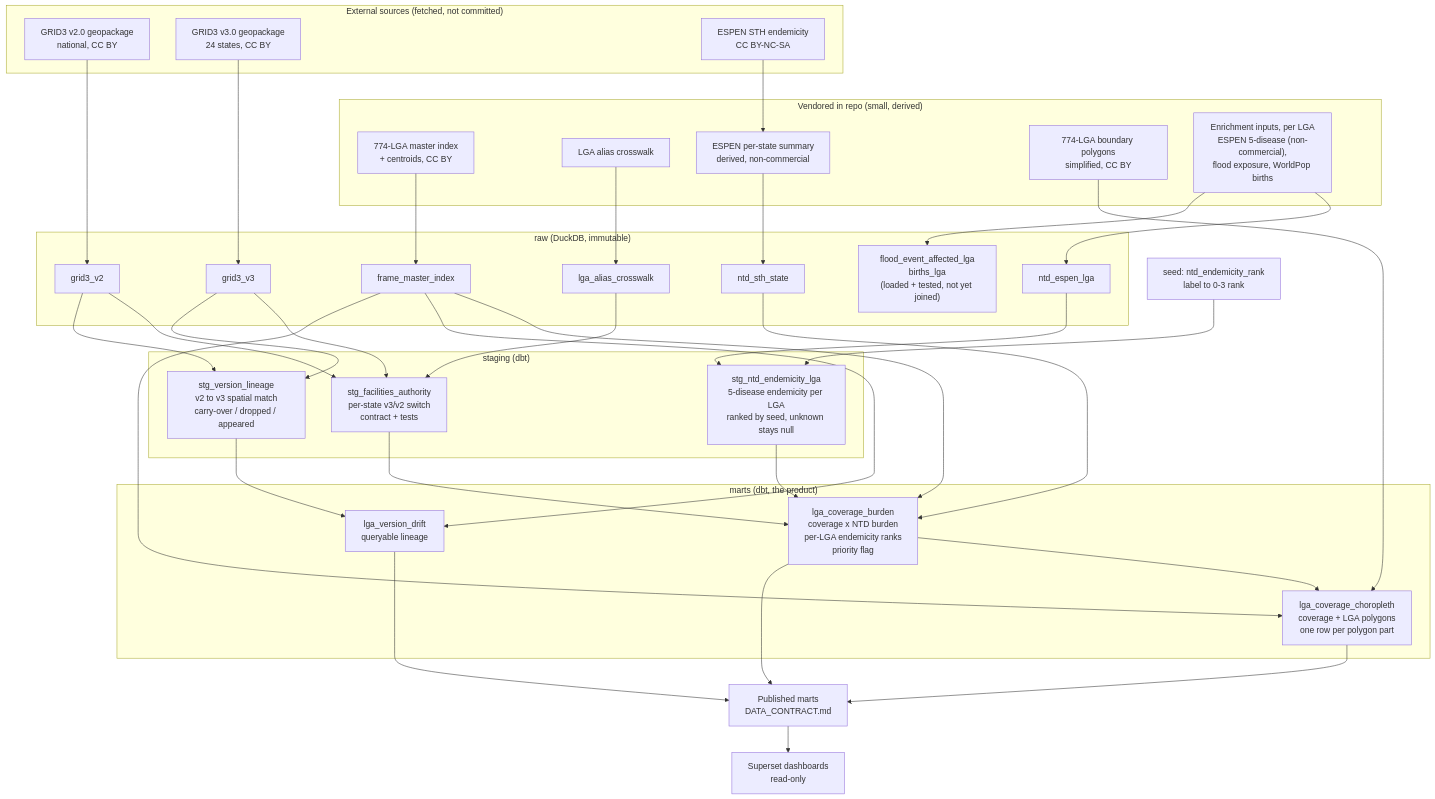
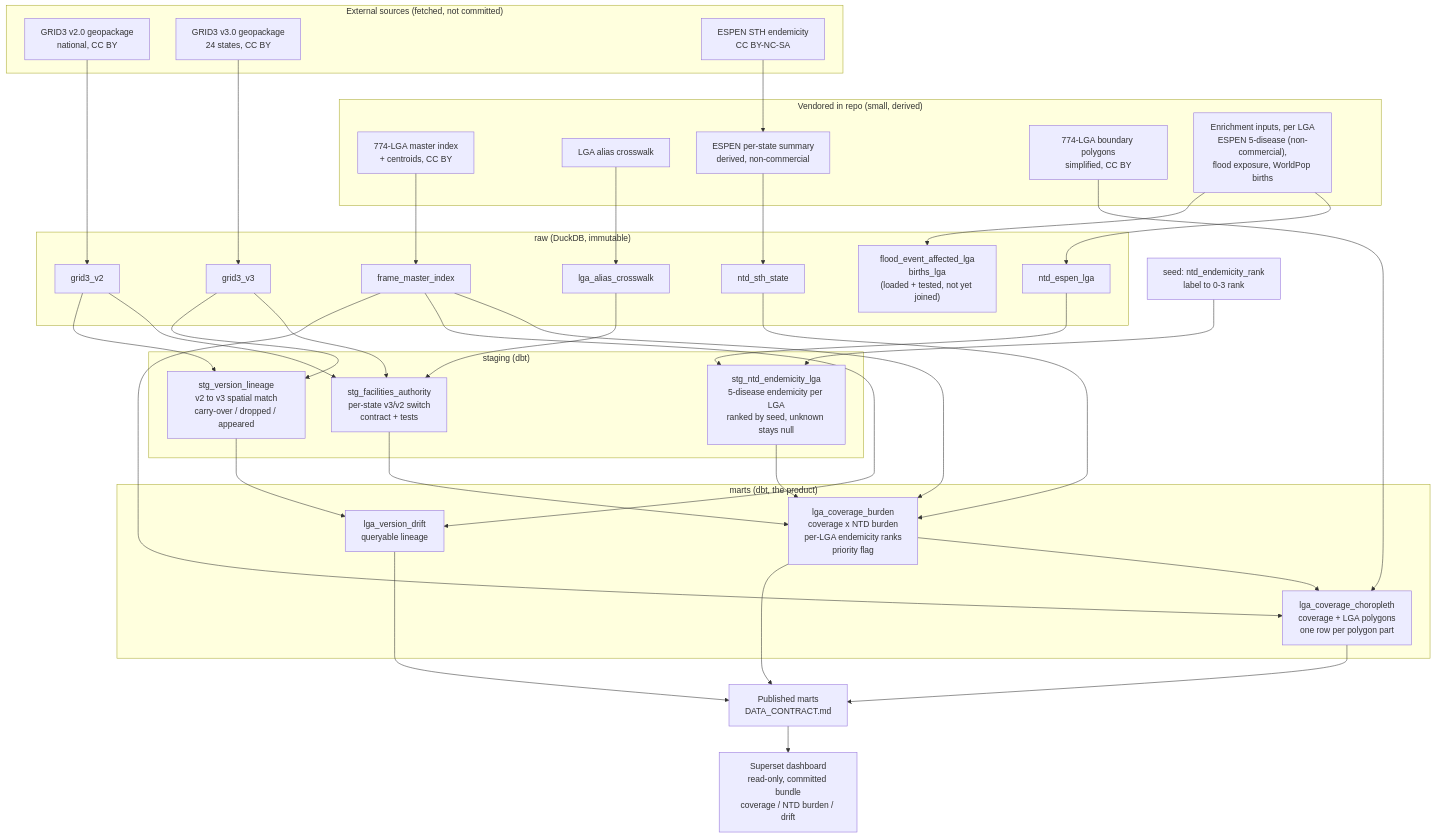
One commit to Behordeun/nigeria-facility-register changed the first of 3 diagrams in docs/ARCHITECTURE.md. Above: the diagram before and after it, drawn with Mermaid. The commit also changed 31 other files, not shown here.

First line of the commit message:
Add the coverage and NTD burden dashboard as a Superset bundle

````diff
--- a/docs/ARCHITECTURE.md
+++ b/docs/ARCHITECTURE.md
@@ -7,70 +7,70 @@
 ```mermaid
 flowchart TD
     subgraph sources["External sources (fetched, not committed)"]
         G2["GRID3 v2.0 geopackage<br/>national, CC BY"]
         G3["GRID3 v3.0 geopackage<br/>24 states, CC BY"]
         ES["ESPEN STH endemicity<br/>CC BY-NC-SA"]
     end
 
     subgraph vendored["Vendored in repo (small, derived)"]
         FR["774-LGA master index<br/>+ centroids, CC BY"]
         XW["LGA alias crosswalk"]
         NB["ESPEN per-state summary<br/>derived, non-commercial"]
         GEO["774-LGA boundary polygons<br/>simplified, CC BY"]
         EN["Enrichment inputs, per LGA<br/>ESPEN 5-disease (non-commercial),<br/>flood exposure, WorldPop births"]
     end
 
     subgraph raw["raw (DuckDB, immutable)"]
         R2["grid3_v2"]
         R3["grid3_v3"]
         RF["frame_master_index"]
         RX["lga_alias_crosswalk"]
         RN["ntd_sth_state"]
         RE["ntd_espen_lga"]
         RF2["flood_event_affected_lga<br/>births_lga<br/>(loaded + tested, not yet joined)"]
     end
 
     subgraph staging["staging (dbt)"]
         AUTH["stg_facilities_authority<br/>per-state v3/v2 switch<br/>contract + tests"]
         LIN["stg_version_lineage<br/>v2 to v3 spatial match<br/>carry-over / dropped / appeared"]
         NTD["stg_ntd_endemicity_lga<br/>5-disease endemicity per LGA<br/>ranked by seed, unknown stays null"]
     end
 
     subgraph marts["marts (dbt, the product)"]
         COV["lga_coverage_burden<br/>coverage x NTD burden<br/>per-LGA endemicity ranks<br/>priority flag"]
         LINM["lga_version_drift<br/>queryable lineage"]
         CHO["lga_coverage_choropleth<br/>coverage + LGA polygons<br/>one row per polygon part"]
     end
 
     G2 --> R2
     G3 --> R3
     FR --> RF
     XW --> RX
     ES --> NB --> RN
     EN --> RE
     EN --> RF2
 
     R2 --> AUTH
     R3 --> AUTH
     R2 --> LIN
     R3 --> LIN
     RX --> AUTH
 
     AUTH --> COV
     RF --> COV
     RN --> COV
     RE --> NTD
     SEED["seed: ntd_endemicity_rank<br/>label to 0-3 rank"] --> NTD
     NTD --> COV
     LIN --> LINM
     RF --> LINM
 
     COV --> CHO
     RF --> CHO
     GEO --> CHO
 
     COV --> OUT["Published marts<br/>DATA_CONTRACT.md"]
     LINM --> OUT
     CHO --> OUT
-    OUT --> BI["Superset dashboards<br/>read-only"]
+    OUT --> BI["Superset dashboard<br/>read-only, committed bundle<br/>coverage / NTD burden / drift"]
 ```
````
